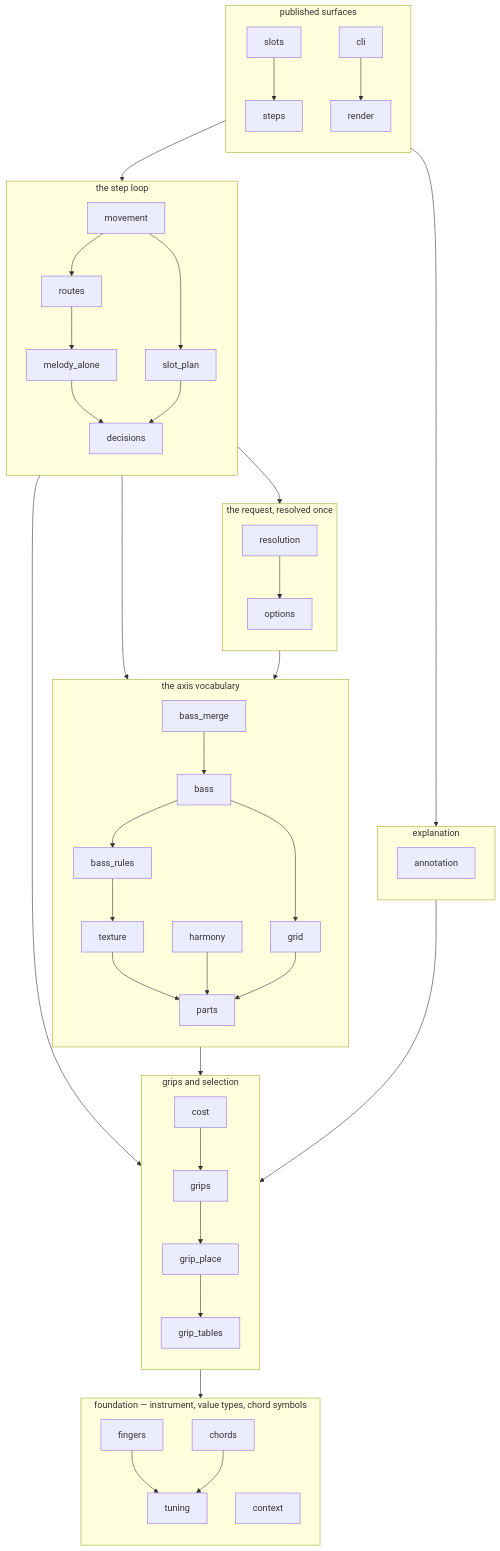
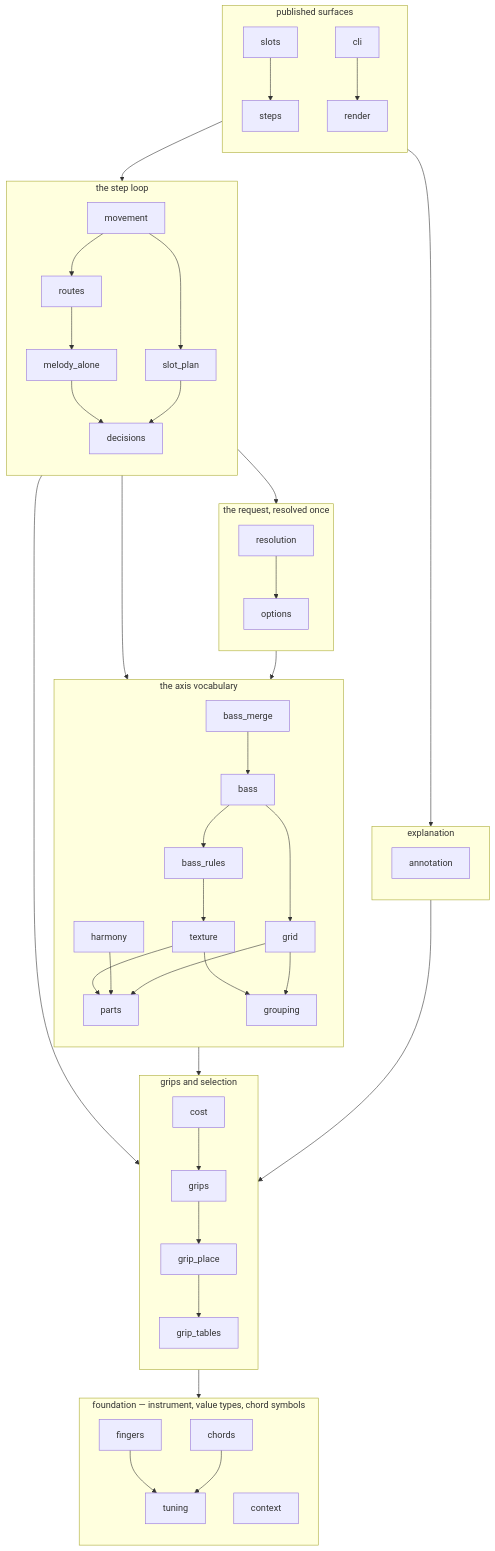
The first of 2 diagrams in docs/dependency-dag.md (jcundill/arranger), drawn with Mermaid before and after one commit. The commit also changed 33 other files, not shown here.

```diff
--- a/docs/dependency-dag.md
+++ b/docs/dependency-dag.md
@@ -65,6 +65,7 @@
         bass_rules["bass_rules"]
         texture["texture"]
         harmony["harmony"]
+        grouping["grouping"]
         grid["grid"]
         parts["parts"]
         bass_merge --> bass
@@ -72,7 +73,9 @@
         bass --> grid
         bass_rules --> texture
         texture --> parts
+        texture --> grouping
         harmony --> parts
+        grid --> grouping
         grid --> parts
     end
 
```
